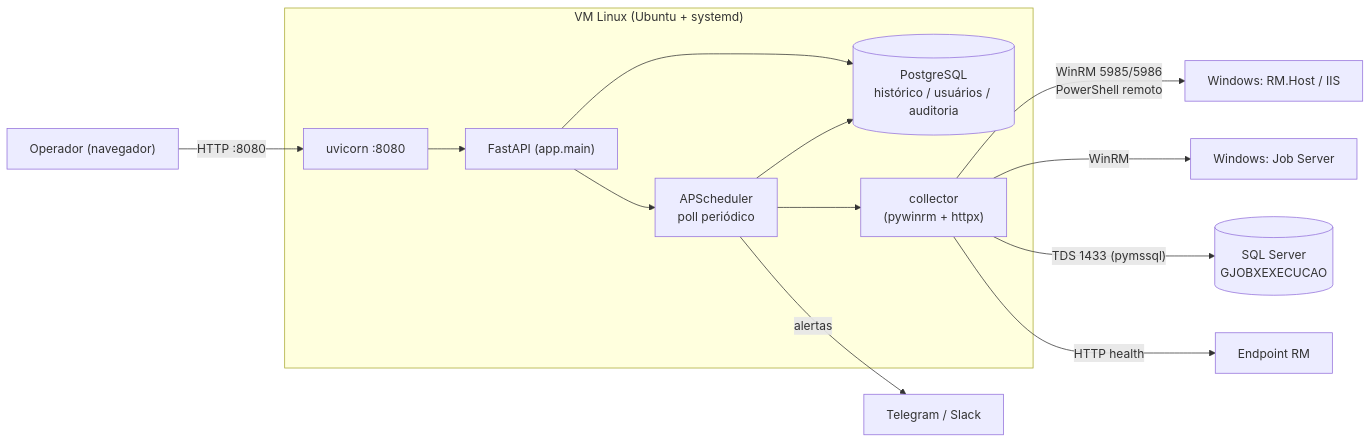
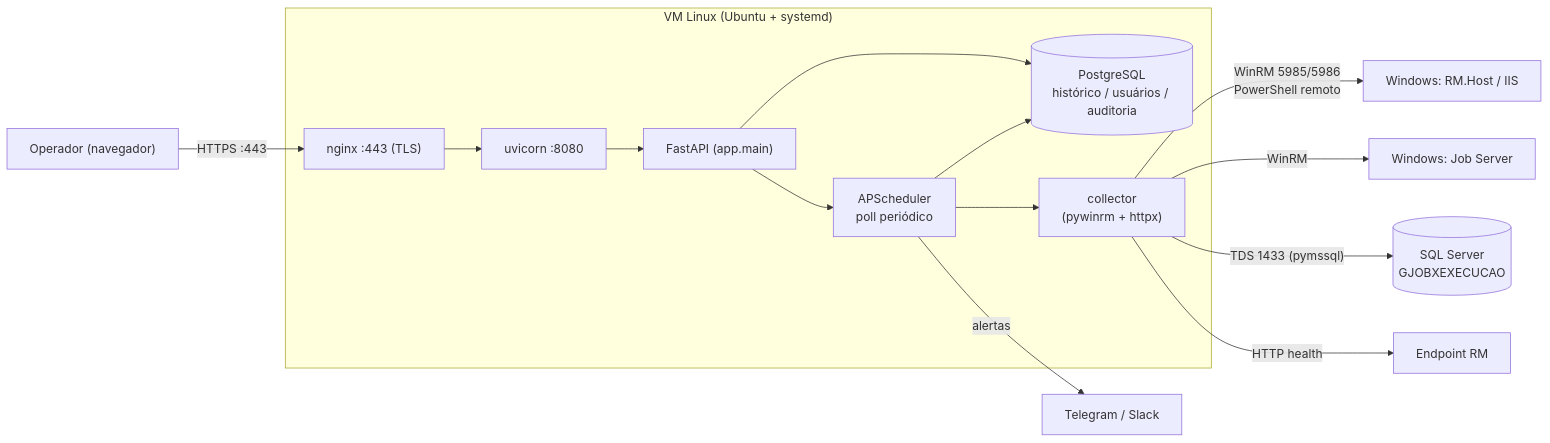
Before and after one commit to brunofaraujo/rmon: the diagram in README.md, drawn with Mermaid. The commit also changed other lines of this file and 9 other files, not shown here.

First line of the commit message:
Servir o painel em HTTPS com CA local (nginx na 443) (#29)

````diff
--- a/README.md
+++ b/README.md
@@ -55,16 +55,17 @@
 ```mermaid
 flowchart LR
     subgraph VM["VM Linux (Ubuntu + systemd)"]
-        UV["uvicorn :8080"] --> APP["FastAPI (app.main)"]
+        NGX["nginx :443 (TLS)"] --> UV["uvicorn :8080"]
+        UV --> APP["FastAPI (app.main)"]
         APP --> SCH["APScheduler<br/>poll periódico"]
         APP --> PG[("PostgreSQL<br/>histórico / usuários / auditoria")]
         SCH --> COL["collector<br/>(pywinrm + httpx)"]
         SCH --> PG
     end
     COL -- "WinRM 5985/5986<br/>PowerShell remoto" --> W1["Windows: RM.Host / IIS"]
     COL -- "WinRM" --> W2["Windows: Job Server"]
     COL -- "TDS 1433 (pymssql)" --> SQL[("SQL Server<br/>GJOBXEXECUCAO")]
     COL -- "HTTP health" --> APPRM["Endpoint RM"]
     SCH -- "alertas" --> TG["Telegram / Slack"]
-    USER["Operador (navegador)"] -- "HTTP :8080" --> UV
+    USER["Operador (navegador)"] -- "HTTPS :443" --> NGX
 ```
````
